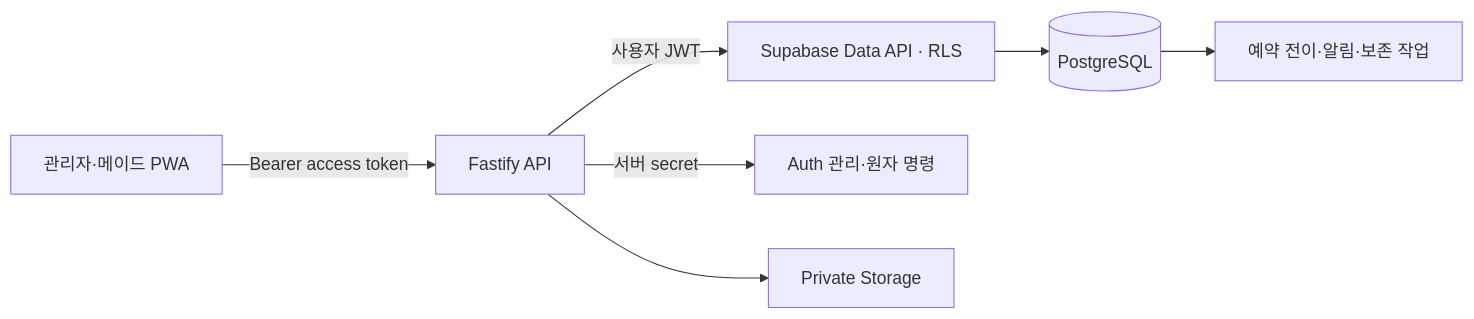
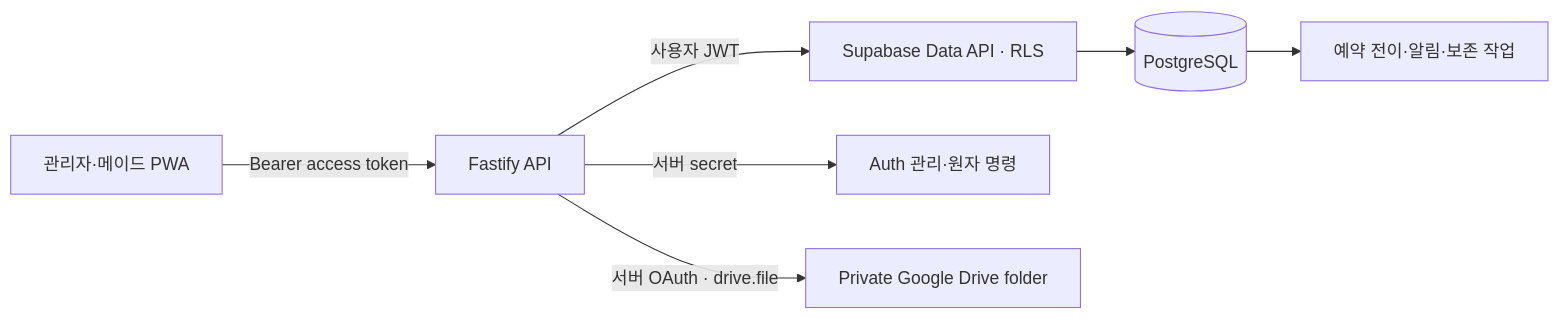
Before and after one commit to wrongstory/room-management-system-backend: the first of 2 diagrams in docs/ARCHITECTURE.md, drawn with Mermaid. The commit also changed other lines of this file and 8 other files, not shown here.

Commit message:
feat: Google Drive 사진 보관 정책 반영

````diff
--- a/docs/ARCHITECTURE.md
+++ b/docs/ARCHITECTURE.md
@@ -15,9 +16,9 @@
 ```mermaid
 flowchart LR
   UI[관리자·메이드 PWA] -->|Bearer access token| API[Fastify API]
   API -->|사용자 JWT| DATA[Supabase Data API · RLS]
   API -->|서버 secret| ADMIN[Auth 관리·원자 명령]
   DATA --> DB[(PostgreSQL)]
-  API --> STORAGE[Private Storage]
+  API -->|서버 OAuth · drive.file| DRIVE[Private Google Drive folder]
   DB --> JOBS[예약 전이·알림·보존 작업]
 ```
````
